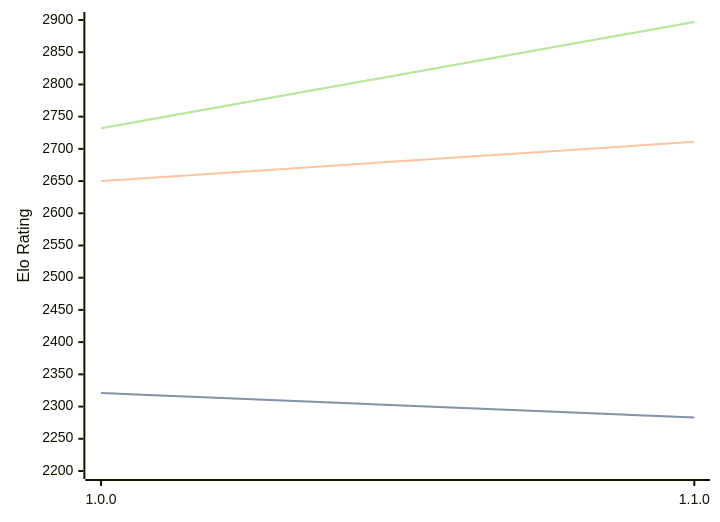
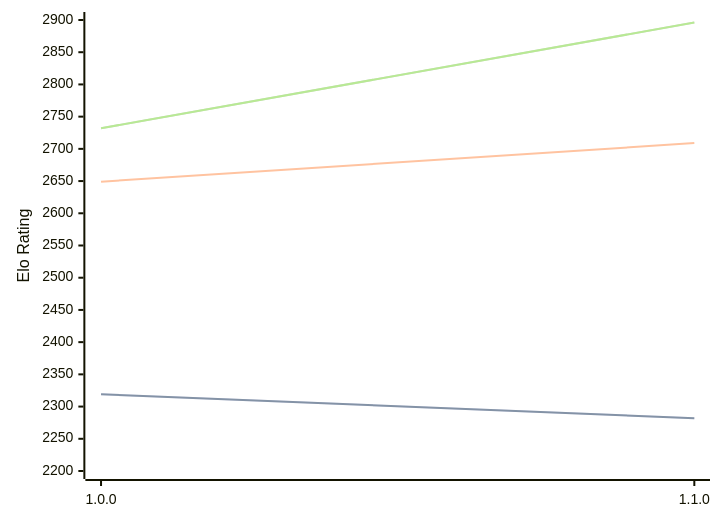
Before and after one commit to computer-chess-index/cci: the third of 3 diagrams in engines/ShallowGuess.md, drawn with Mermaid. The commit also changed other lines of this file, not shown here.

Commit message:
Update CCI Ratings (ELO VLTC) - 2026-06-26

````diff
--- a/engines/ShallowGuess.md
+++ b/engines/ShallowGuess.md
@@ -69,11 +69,11 @@
 ```mermaid
 %%{init: {"theme":"base","themeVariables":{"seriesColors:['#a3a3a3','#222221','#faa371']}}}%%
 xychart-beta
   x-axis ["1.0.0", "1.1.0"]
   y-axis "Elo Rating" 2200 --> 2900
-  line "STC (8.0+0.08s)" [2321, 2283]
-  line "STC (8.0+0.08s)" [2321, 2283]
-  line "LTC (60.0+0.60s)" [2650, 2711]
-  line "VLTC (2m24s+1.12s)" [2732, 2897]
-  line "VLTC (2m24s+1.12s)" [2732, 2897]
+  line "STC (8.0+0.08s)" [2319, 2282]
+  line "STC (8.0+0.08s)" [2319, 2282]
+  line "LTC (60.0+0.60s)" [2649, 2709]
+  line "VLTC (2m24s+1.12s)" [2732, 2896]
+  line "VLTC (2m24s+1.12s)" [2732, 2896]
 ```
````
